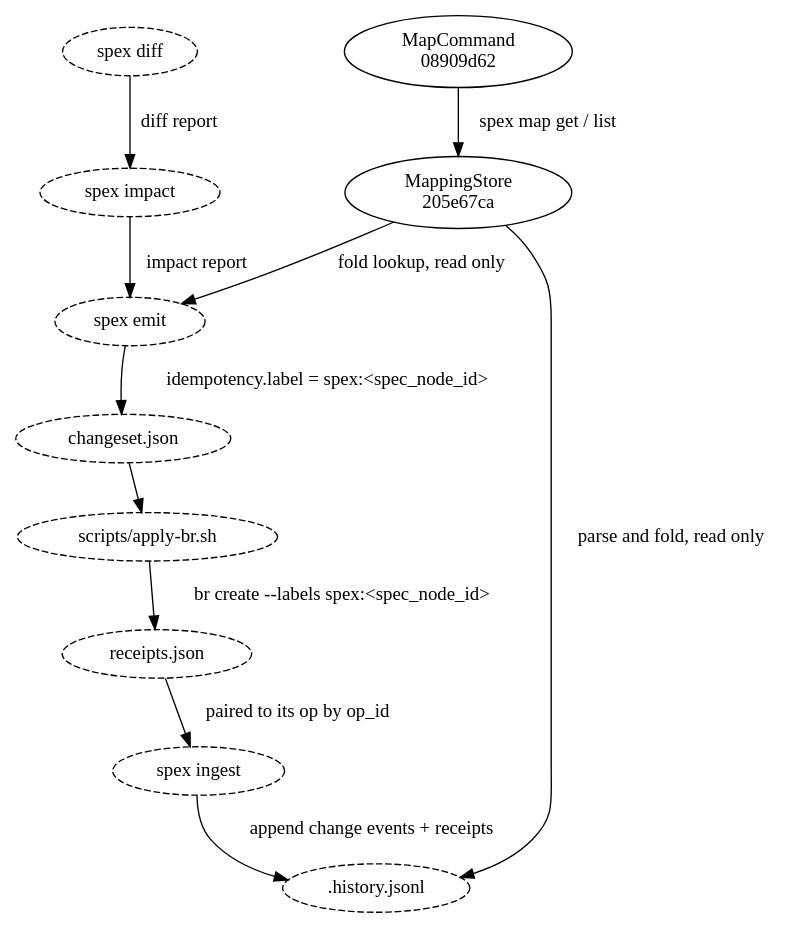
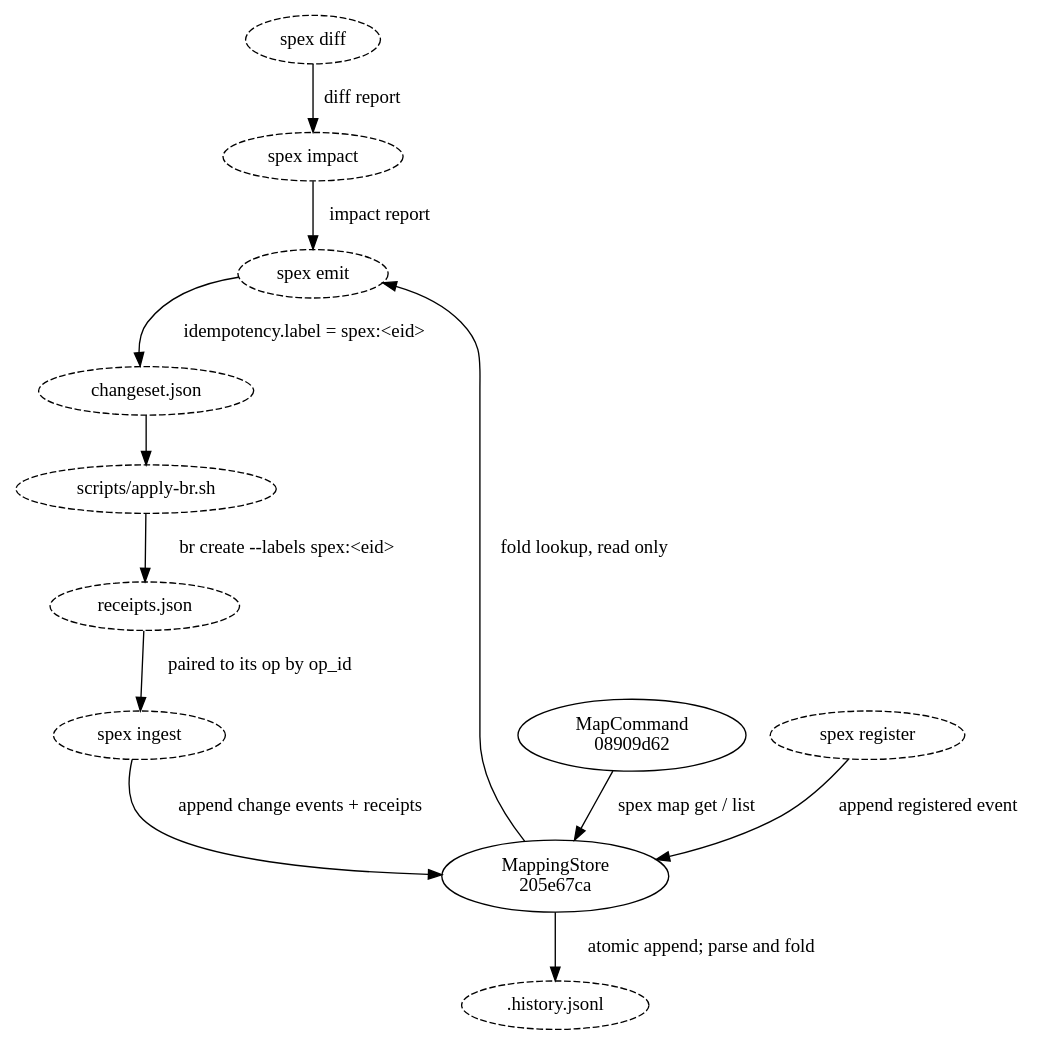
Before and after one commit to dmitriyb/spexmachina: the diagram in spec/map/flow_bead_mapping.md, drawn with Graphviz. The commit also changed other lines of this file and 45 other files, not shown here.

First line of the commit message:
spec: event-keyed linkage — labels, pairings, and briefings key on eids

````diff
--- a/spec/map/flow_bead_mapping.md
+++ b/spec/map/flow_bead_mapping.md
@@ -11,25 +13,28 @@
 ```dot
 digraph bead_mapping {
     "spex diff"           [style=dashed];
     "spex impact"         [style=dashed];
     "spex emit"           [style=dashed];
     "changeset.json"      [style=dashed];
     "scripts/apply-br.sh" [style=dashed];
     "receipts.json"       [style=dashed];
     "spex ingest"         [style=dashed];
     ".history.jsonl"      [style=dashed];
     "205e67ca4aad"        [label="MappingStore\n205e67ca"];
     "08909d62930b"        [label="MapCommand\n08909d62"];
 
+    "spex register"       [style=dashed];
+
+    "spex register"       -> "205e67ca4aad"        [label="append registered event"];
     "spex diff"           -> "spex impact"         [label="diff report"];
     "spex impact"         -> "spex emit"           [label="impact report"];
     "205e67ca4aad"        -> "spex emit"           [label="fold lookup, read only"];
-    "spex emit"           -> "changeset.json"      [label="idempotency.label = spex:<spec_node_id>"];
+    "spex emit"           -> "changeset.json"      [label="idempotency.label = spex:<eid>"];
     "changeset.json"      -> "scripts/apply-br.sh";
-    "scripts/apply-br.sh" -> "receipts.json"       [label="br create --labels spex:<spec_node_id>"];
+    "scripts/apply-br.sh" -> "receipts.json"       [label="br create --labels spex:<eid>"];
     "receipts.json"       -> "spex ingest"         [label="paired to its op by op_id"];
-    "spex ingest"         -> ".history.jsonl"      [label="append change events + receipts"];
-    "205e67ca4aad"        -> ".history.jsonl"      [label="parse and fold, read only"];
+    "spex ingest"         -> "205e67ca4aad"        [label="append change events + receipts"];
+    "205e67ca4aad"        -> ".history.jsonl"      [label="atomic append; parse and fold"];
     "08909d62930b"        -> "205e67ca4aad"        [label="spex map get / list"];
 }
 ```
````
